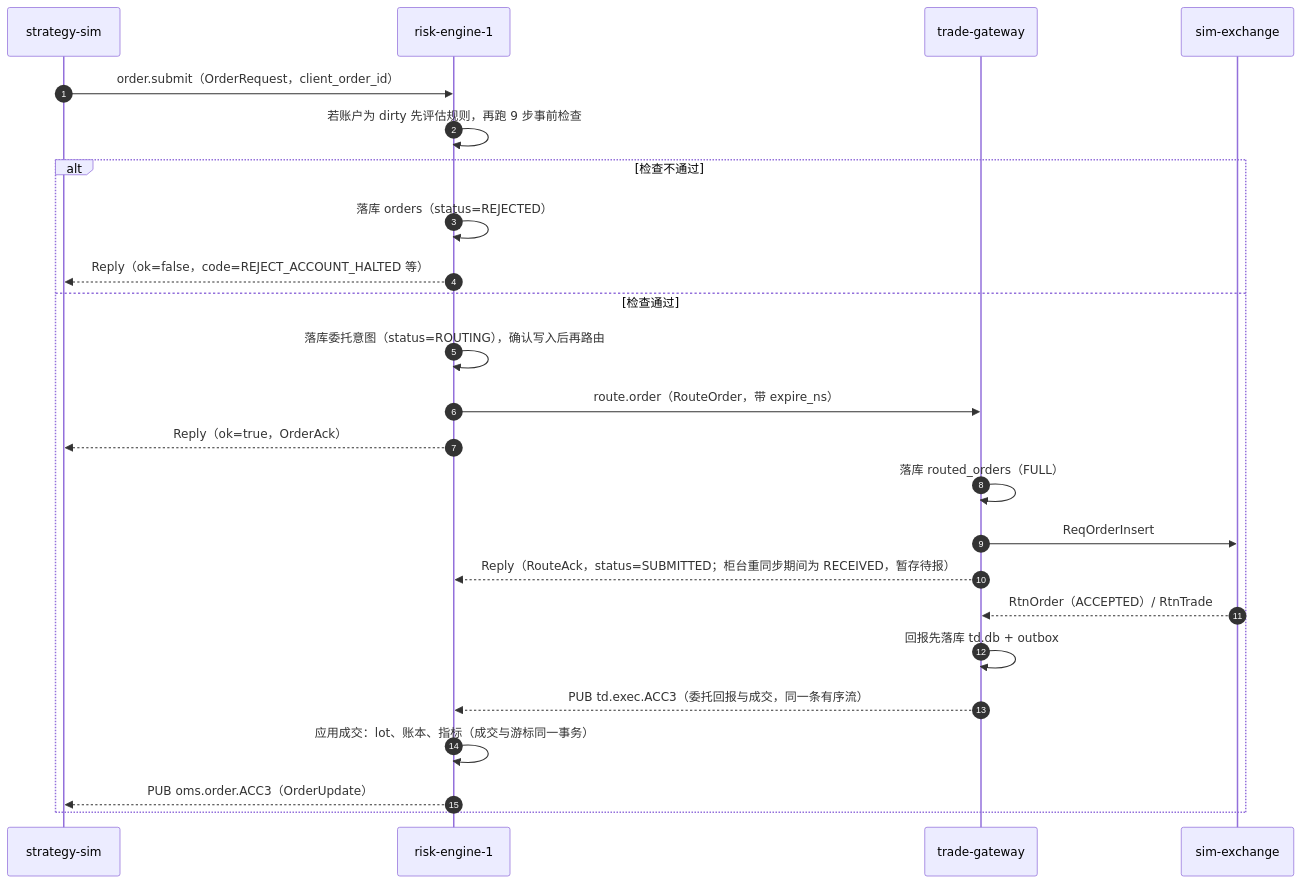
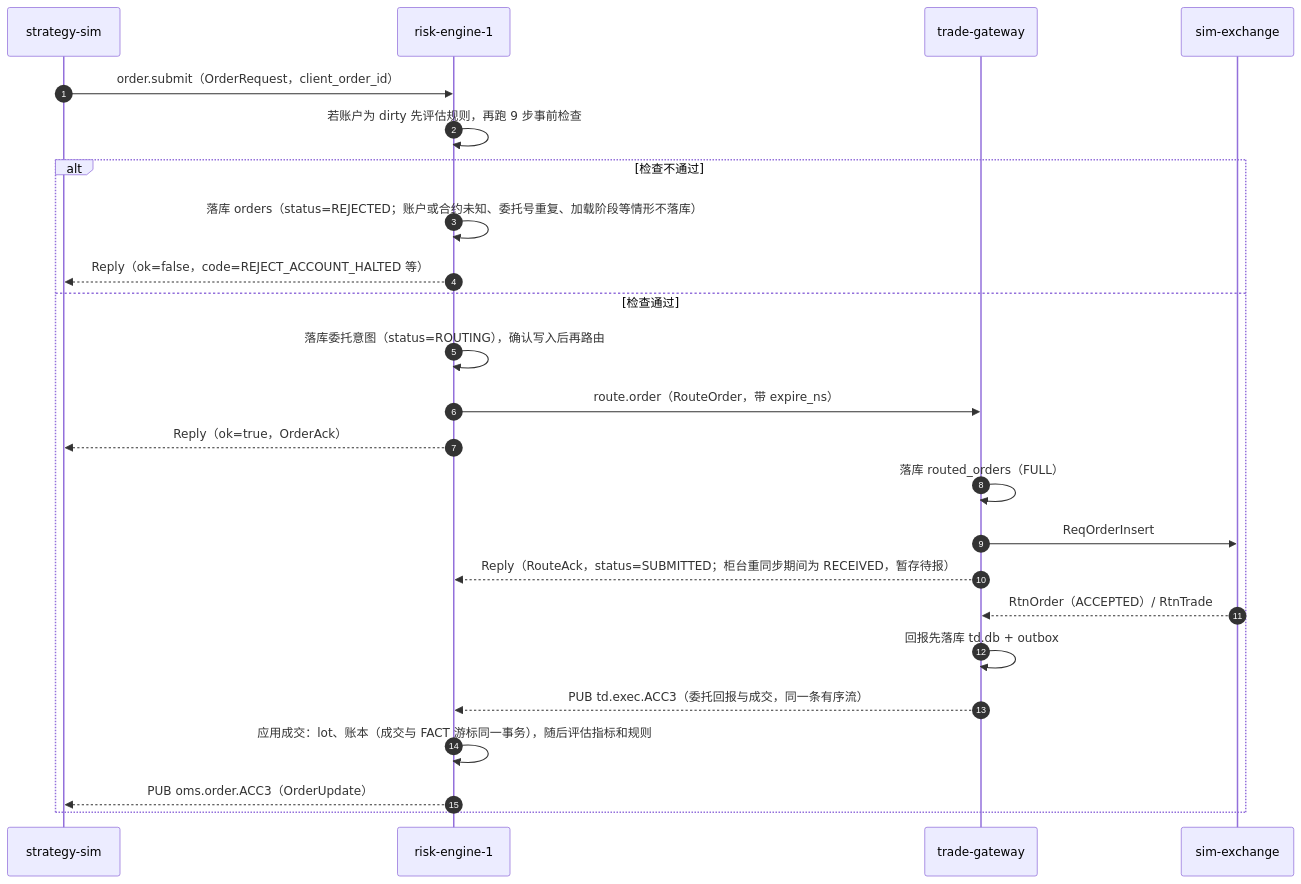
Before and after one commit to tom-xue-dev/futrisk: the sixth of 17 diagrams in docs/01-architecture.md, drawn with Mermaid. The commit also changed other lines of this file and 31 other files, not shown here.

First line of the commit message:
文档：按代码重建 docs 为 v1.0，全量验证并重拍截图

````diff
--- a/docs/01-architecture.md
+++ b/docs/01-architecture.md
@@ -449,26 +474,26 @@
 ```mermaid
 sequenceDiagram
     autonumber
     participant BOT as strategy-sim
     participant RE as risk-engine-1
     participant TG as trade-gateway
     participant SIM as sim-exchange
     BOT->>RE: order.submit（OrderRequest，client_order_id）
     RE->>RE: 若账户为 dirty 先评估规则，再跑 9 步事前检查
     alt 检查不通过
-        RE->>RE: 落库 orders（status=REJECTED）
+        RE->>RE: 落库 orders（status=REJECTED；账户或合约未知、委托号重复、加载阶段等情形不落库）
         RE-->>BOT: Reply（ok=false，code=REJECT_ACCOUNT_HALTED 等）
     else 检查通过
         RE->>RE: 落库委托意图（status=ROUTING），确认写入后再路由
         RE->>TG: route.order（RouteOrder，带 expire_ns）
         RE-->>BOT: Reply（ok=true，OrderAck）
         TG->>TG: 落库 routed_orders（FULL）
         TG->>SIM: ReqOrderInsert
         TG-->>RE: Reply（RouteAck，status=SUBMITTED；柜台重同步期间为 RECEIVED，暂存待报）
         SIM-->>TG: RtnOrder（ACCEPTED）/ RtnTrade
         TG->>TG: 回报先落库 td.db + outbox
         TG-->>RE: PUB td.exec.ACC3（委托回报与成交，同一条有序流）
-        RE->>RE: 应用成交：lot、账本、指标（成交与游标同一事务）
+        RE->>RE: 应用成交：lot、账本（成交与 FACT 游标同一事务），随后评估指标和规则
         RE-->>BOT: PUB oms.order.ACC3（OrderUpdate）
     end
 ```
````
